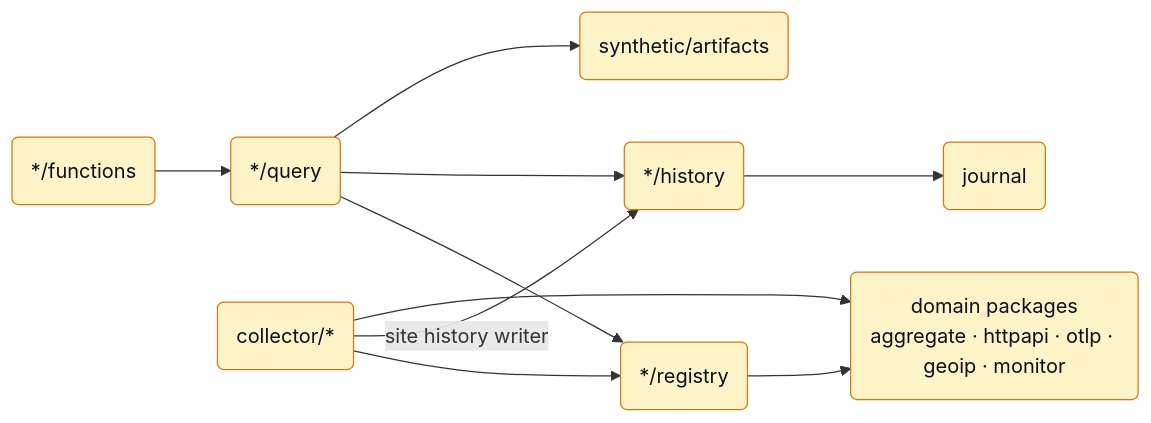
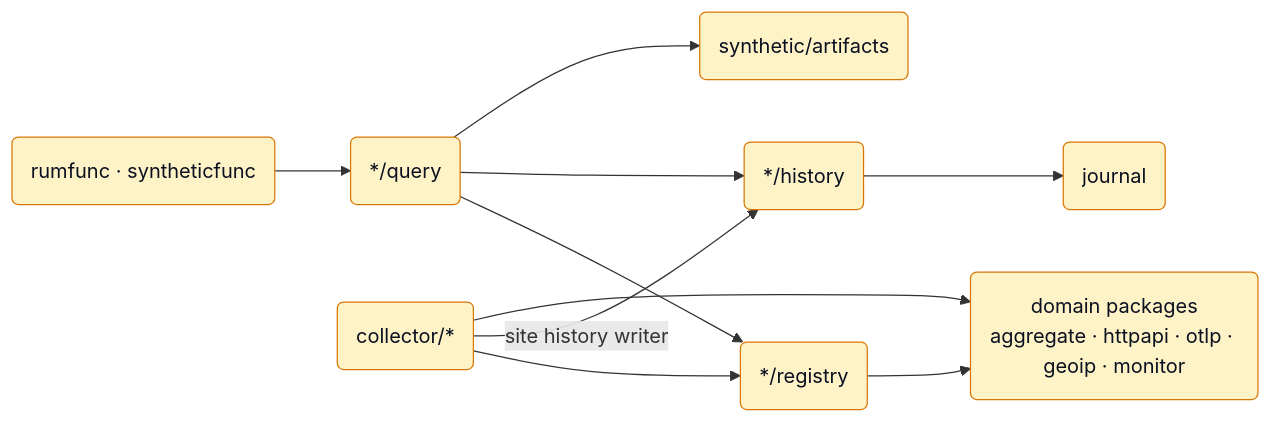
One commit to netdata/netdata changed the sixth of 7 diagrams in src/go/plugin/dem/ARCHITECTURE.md. Above: the diagram before and after it, drawn with Mermaid. The commit also changed other lines of this file and 89 other files, not shown here.

````diff
--- a/src/go/plugin/dem/ARCHITECTURE.md
+++ b/src/go/plugin/dem/ARCHITECTURE.md
@@ -519,15 +522,15 @@
 ```mermaid
 flowchart LR
-    Fn("*/functions") --> Q("*/query")
+    Fn("rumfunc · syntheticfunc") --> Q("*/query")
     Q --> Reg("*/registry")
     Q --> H("*/history")
     Q --> A("synthetic/artifacts")
     H --> J("journal")
     Col("collector/*") --> Reg
     Col -->|"site history writer"| H
     Col --> Dom("domain packages<br/>aggregate · httpapi · otlp · geoip · monitor")
     Reg --> Dom
 
     classDef pkg fill:#fef3c7,stroke:#d97706,color:#0b1021;
     class Fn,Q,Reg,H,A,J,Col,Dom pkg;
 ```
````
